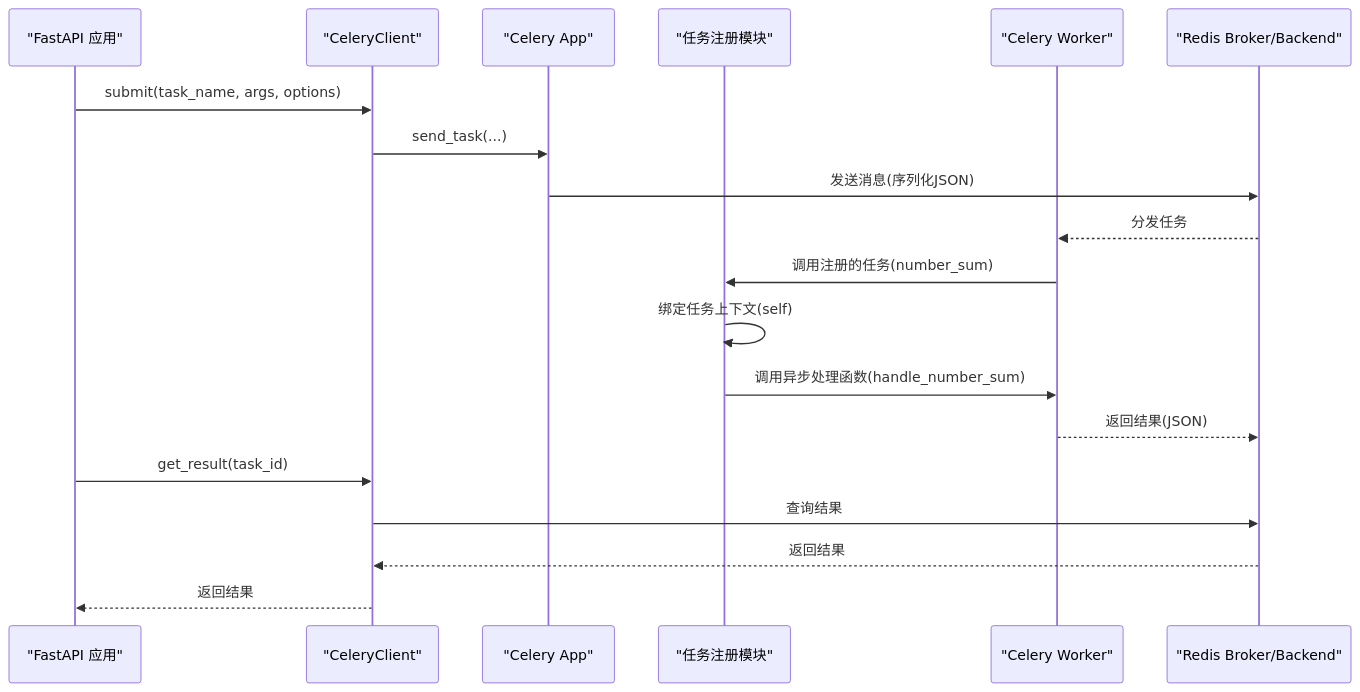
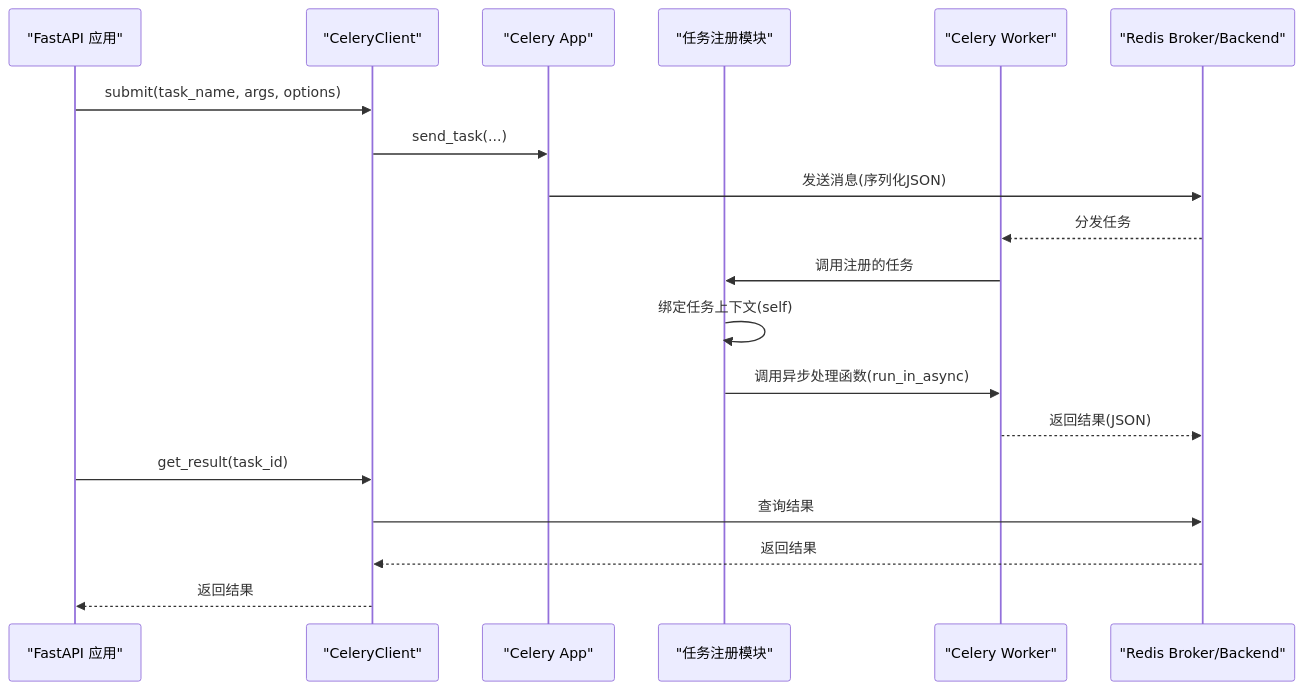
The second of 7 diagrams in .qoder/repowiki/zh/content/任务调度系统/Celery分布式任务.md (lilinzezzzzzz/fastapi-backend), drawn with Mermaid before and after one commit. The commit also changed other lines of this file and 38 other files, not shown here.

````diff
--- a/.qoder/repowiki/zh/content/任务调度系统/Celery分布式任务.md
+++ b/.qoder/repowiki/zh/content/任务调度系统/Celery分布式任务.md
@@ -109,21 +127,21 @@
 ```mermaid
 sequenceDiagram
 participant API as "FastAPI 应用"
 participant CC as "CeleryClient"
 participant APP as "Celery App"
 participant REG as "任务注册模块"
 participant W as "Celery Worker"
 participant BK as "Redis Broker/Backend"
 API->>CC : submit(task_name, args, options)
 CC->>APP : send_task(...)
 APP->>BK : 发送消息(序列化JSON)
 BK-->>W : 分发任务
-W->>REG : 调用注册的任务(number_sum)
+W->>REG : 调用注册的任务
 REG->>REG : 绑定任务上下文(self)
-REG->>W : 调用异步处理函数(handle_number_sum)
+REG->>W : 调用异步处理函数(run_in_async)
 W-->>BK : 返回结果(JSON)
 API->>CC : get_result(task_id)
 CC->>BK : 查询结果
 BK-->>CC : 返回结果
 CC-->>API : 返回结果
 ```
````
